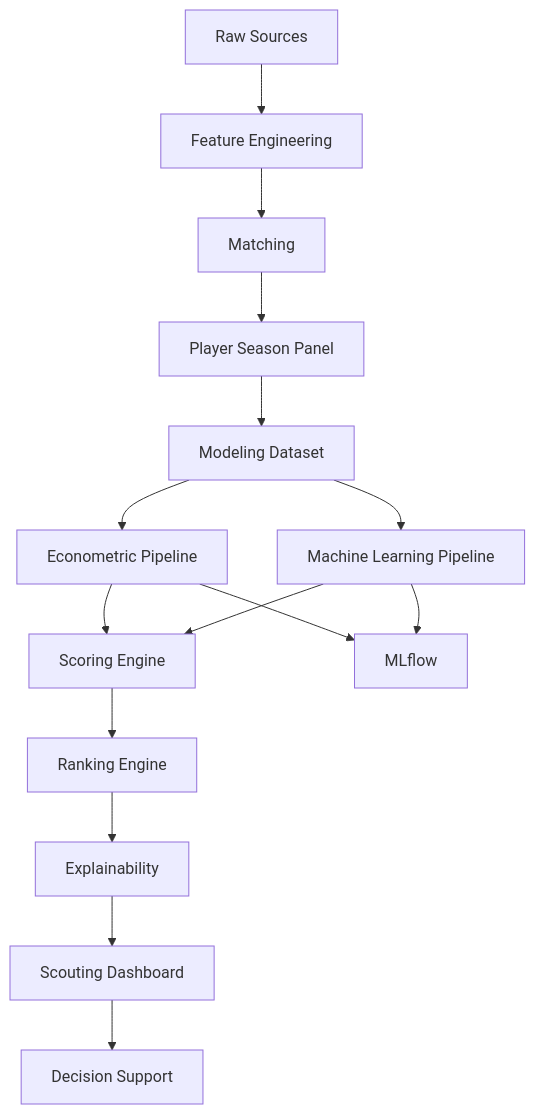
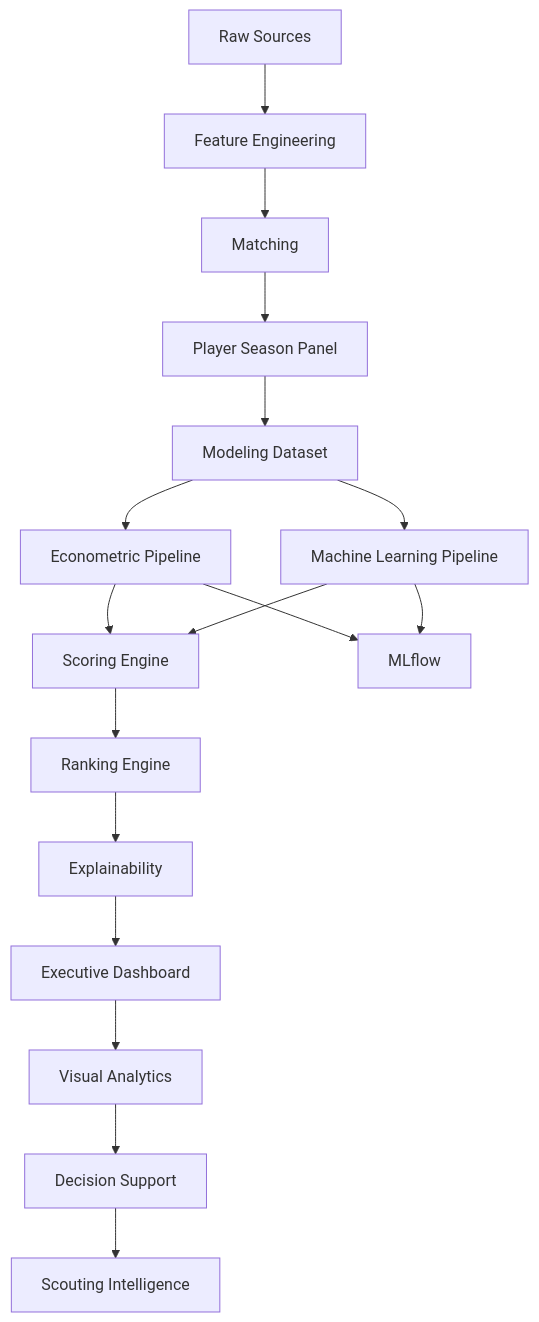
The diagram in docs/pipeline_reference.md (manuelpeba/market-value-football-tfm), drawn with Mermaid before and after one commit. The commit also changed other lines of this file and 5 other files, not shown here.

Commit message:
docs: document sprint 9 executive dashboard and decision support layer

````diff
--- a/docs/pipeline_reference.md
+++ b/docs/pipeline_reference.md
@@ -47,30 +50,33 @@
 ``` mermaid
 flowchart TD
 
 A[Raw Sources]
 --> B[Feature Engineering]
 
 B --> C[Matching]
 
 C --> D[Player Season Panel]
 
 D --> E[Modeling Dataset]
 
 E --> F[Econometric Pipeline]
-
 E --> G[Machine Learning Pipeline]
 
 F --> H[Scoring Engine]
 G --> H
 
 H --> I[Ranking Engine]
 
 I --> J[Explainability]
 
-J --> K[Scouting Dashboard]
+J --> K[Executive Dashboard]
 
-K --> L[Decision Support]
+K --> L[Visual Analytics]
 
-F --> M[MLflow]
-G --> M
+L --> M[Decision Support]
+
+M --> N[Scouting Intelligence]
+
+F --> O[MLflow]
+G --> O
 ```
````
